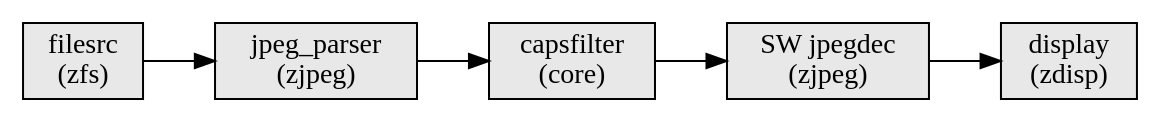
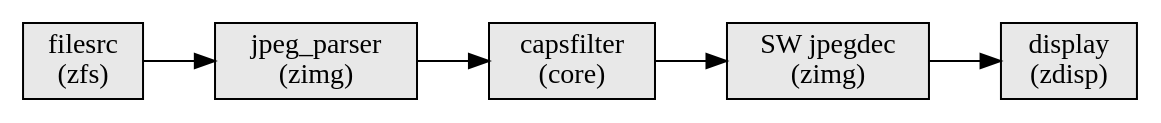
The second of 2 diagrams in samples/subsys/mp/jpeg_dec/README.rst (nxp-upstream/zephyr), drawn with Graphviz before and after one commit. The commit also changed other lines of this file and 15 other files, not shown here.

First line of the commit message:
Rename zjpeg to zimg plugin

```diff
--- a/samples/subsys/mp/jpeg_dec/README.rst
+++ b/samples/subsys/mp/jpeg_dec/README.rst
@@ -45,12 +45,12 @@
 .. graphviz::
 
    digraph pipeline_b {
      rankdir=LR;
      node [shape=box, style=filled, fillcolor="#e8e8e8"];
      filesrc      [label="filesrc\n(zfs)"];
-     jpeg_parser  [label="jpeg_parser\n(zjpeg)"];
+     jpeg_parser  [label="jpeg_parser\n(zimg)"];
      capsfilter   [label="capsfilter\n(core)"];
-     sw_jpegdec   [label="SW jpegdec\n(zjpeg)"];
+     sw_jpegdec   [label="SW jpegdec\n(zimg)"];
      display      [label="display\n(zdisp)"];
      filesrc -> jpeg_parser -> capsfilter -> sw_jpegdec -> display;
    }
```
